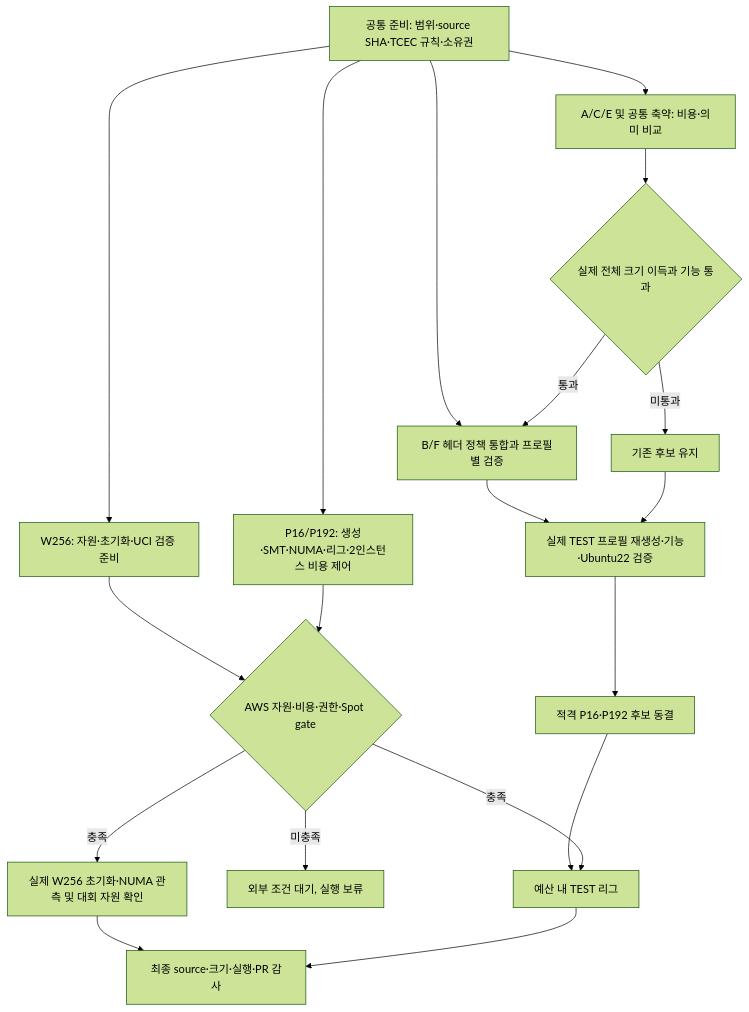
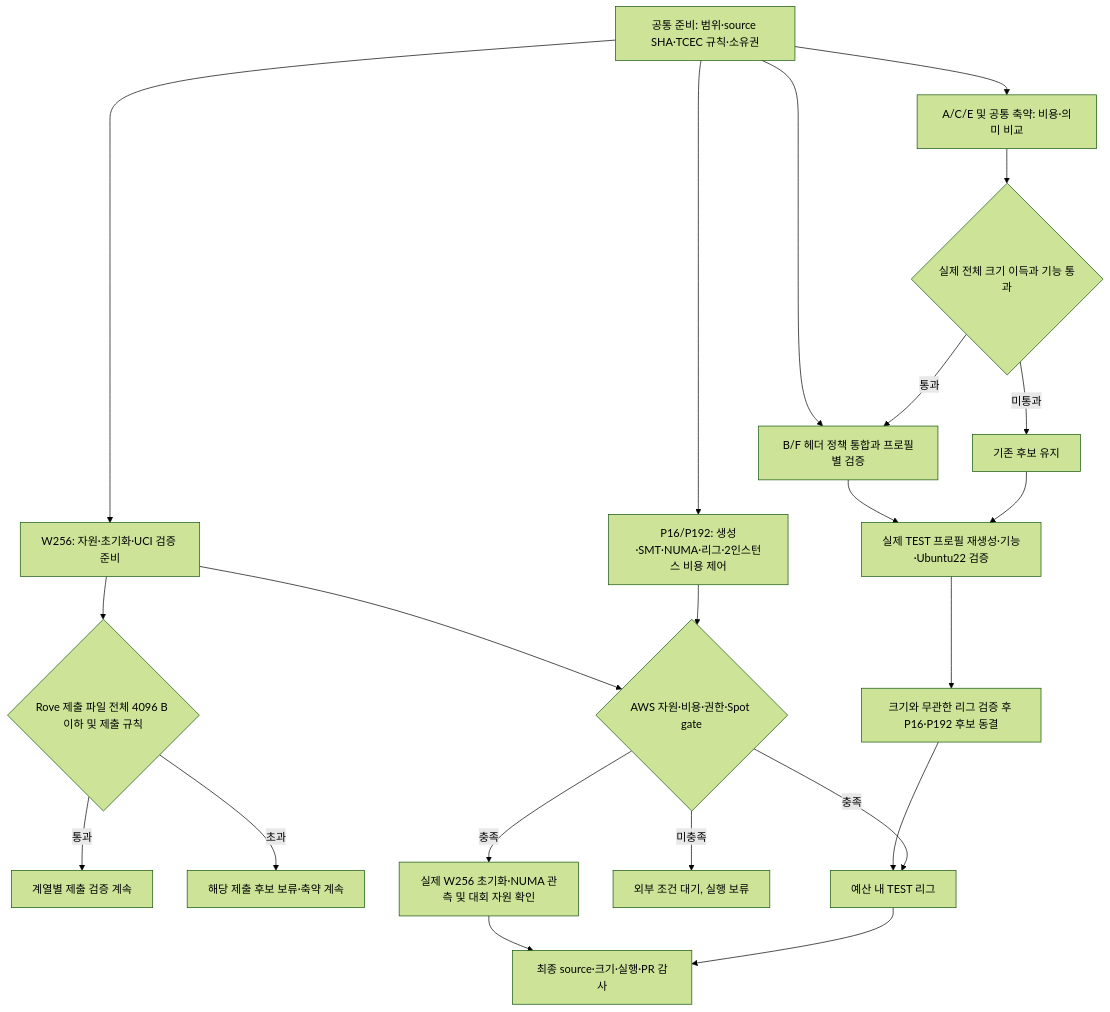
Before and after one commit to daejunnom/Rove4k: the first of 5 diagrams in docs/ENGINE-PLAN.ko.md, drawn with Mermaid (forest theme). The commit also changed other lines of this file, not shown here.

````diff
--- a/docs/ENGINE-PLAN.ko.md
+++ b/docs/ENGINE-PLAN.ko.md
@@ -190,21 +239,24 @@
 ```mermaid
 flowchart TD
   P[공통 준비: 범위·source SHA·TCEC 규칙·소유권] --> H[B/F 헤더 정책 통합과 프로필별 검증]
   P --> C[A/C/E 및 공통 축약: 비용·의미 비교]
   P --> W[W256: 자원·초기화·UCI 검증 준비]
   P --> R[P16/P192: 생성·SMT·NUMA·리그·2인스턴스 비용 제어]
   C --> S{실제 전체 크기 이득과 기능 통과}
   S -->|통과| H
   S -->|미통과| K[기존 후보 유지]
   H --> V[실제 TEST 프로필 재생성·기능·Ubuntu22 검증]
   K --> V
   W --> G{AWS 자원·비용·권한·Spot gate}
   R --> G
-  V --> Q[적격 P16·P192 후보 동결]
+  V --> Q[크기와 무관한 리그 검증 후 P16·P192 후보 동결]
+  W --> T{Rove 제출 파일 전체 4096 B 이하 및 제출 규칙}
+  T -->|통과| U[계열별 제출 검증 계속]
+  T -->|초과| N[해당 제출 후보 보류·축약 계속]
   G -->|충족| X[실제 W256 초기화·NUMA 관측 및 대회 자원 확인]
   G -->|미충족| B[외부 조건 대기, 실행 보류]
   Q --> L[예산 내 TEST 리그]
   G -->|충족| L
   X --> A[최종 source·크기·실행·PR 감사]
   L --> A[최종 source·크기·실행·PR 감사]
 ```
````
